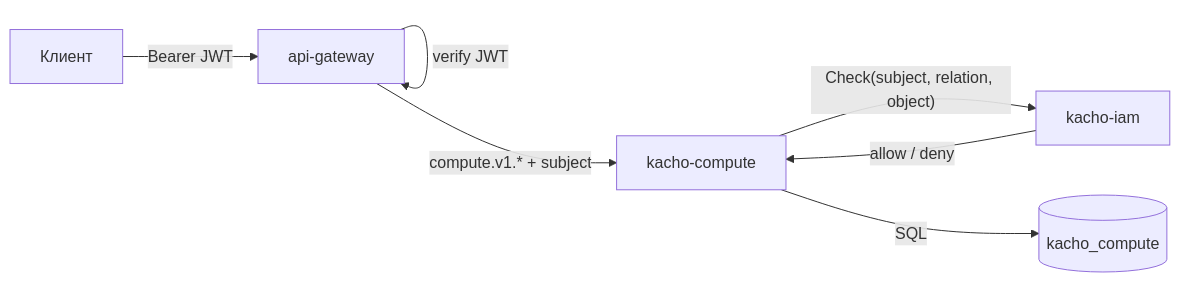
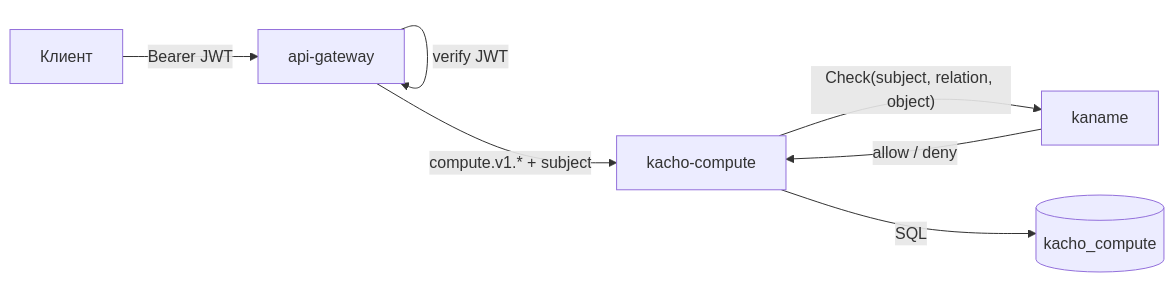
One commit to PRO-Robotech/kacho changed the diagram in services/compute/docs/content/api/overview.mdx. Above: the diagram before and after it, drawn with Mermaid. The commit also changed other lines of this file and 5005 other files, not shown here.

````diff
--- a/services/compute/docs/content/api/overview.mdx
+++ b/services/compute/docs/content/api/overview.mdx
@@ -146,9 +146,9 @@
 ```mermaid
 flowchart LR
   cli["Клиент"] -->|"Bearer JWT"| agw["api-gateway"]
   agw -->|"verify JWT"| agw
   agw -->|"compute.v1.* + subject"| cmp["kacho-compute"]
-  cmp -->|"Check(subject, relation, object)"| iamsvc["kacho-iam"]
+  cmp -->|"Check(subject, relation, object)"| iamsvc["kaname"]
   iamsvc -->|"allow / deny"| cmp
   cmp -->|"SQL"| pg[("kacho_compute")]
 ```
````
